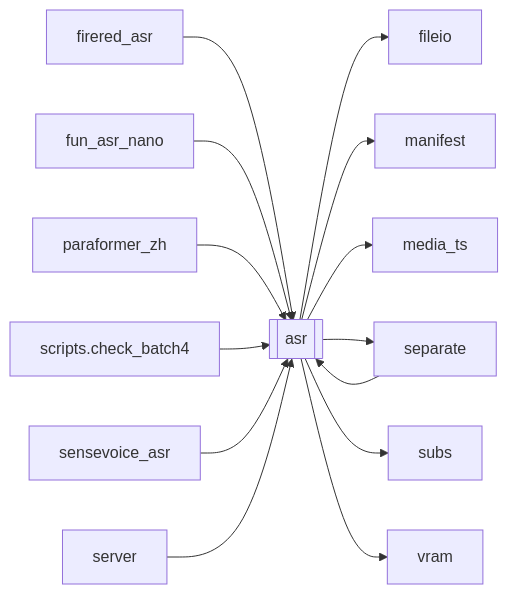
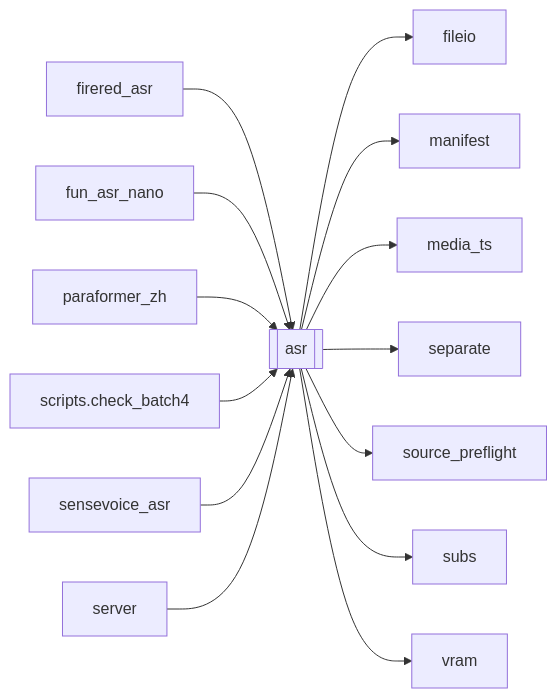
The diagram in docs/brain/modules/asr.md (kjza178/PineLineV4), drawn with Mermaid before and after one commit. The commit also changed other lines of this file and 200 other files, not shown here.

````diff
--- a/docs/brain/modules/asr.md
+++ b/docs/brain/modules/asr.md
@@ -18,17 +18,17 @@
 ```mermaid
 flowchart LR
   asr[[asr]]
   firered_asr[firered_asr] --> asr
   fun_asr_nano[fun_asr_nano] --> asr
   paraformer_zh[paraformer_zh] --> asr
   scripts_check_batch4[scripts.check_batch4] --> asr
   sensevoice_asr[sensevoice_asr] --> asr
-  separate[separate] --> asr
   server[server] --> asr
   asr --> fileio[fileio]
   asr --> manifest[manifest]
   asr --> media_ts[media_ts]
   asr --> separate[separate]
+  asr --> source_preflight[source_preflight]
   asr --> subs[subs]
   asr --> vram[vram]
 ```
````
